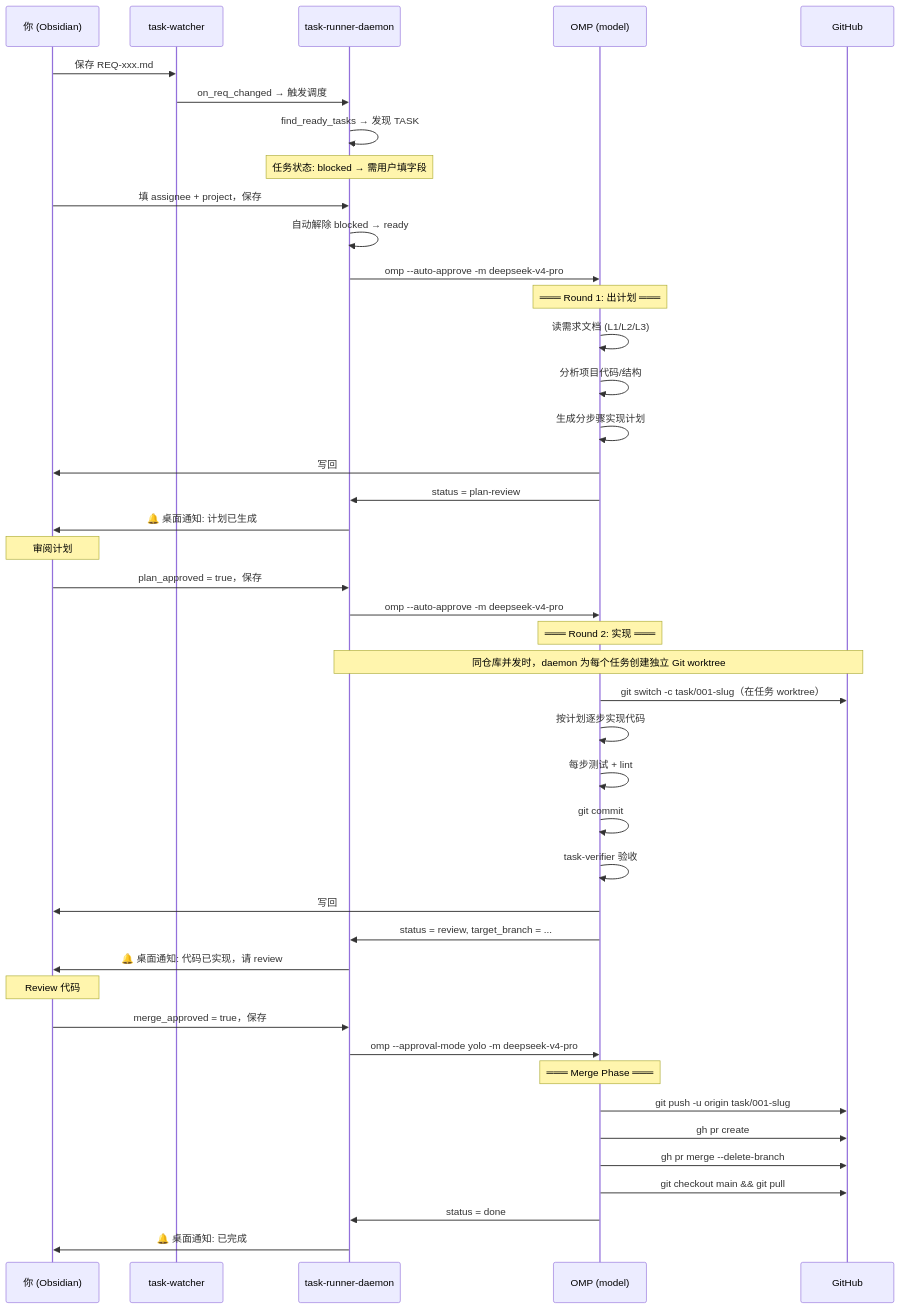
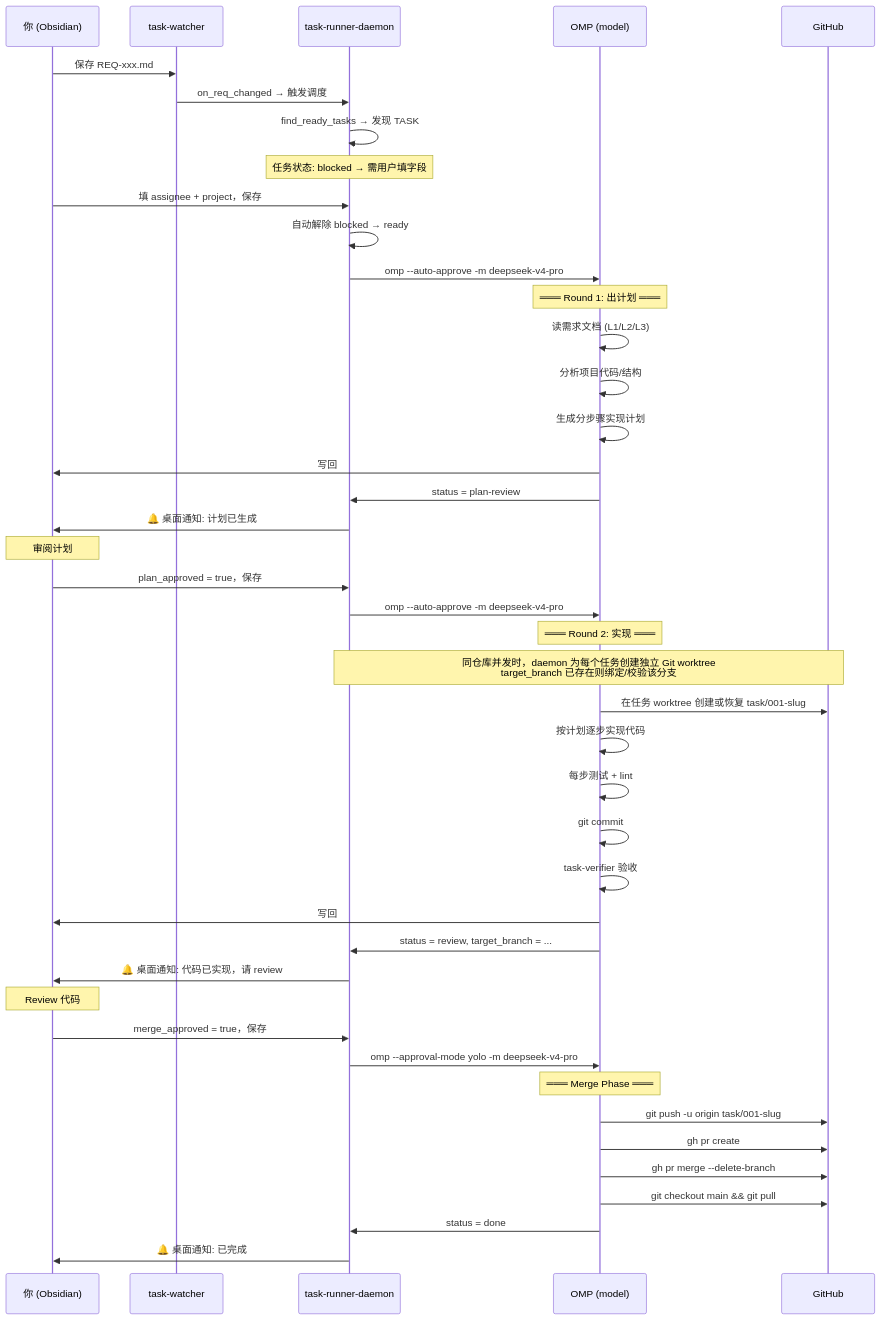
Before and after one commit to ndzuki/obsidian-task-runner: the third of 5 diagrams in docs/workflow.md, drawn with Mermaid. The commit also changed other lines of this file and 9 other files, not shown here.

````diff
--- a/docs/workflow.md
+++ b/docs/workflow.md
@@ -70,58 +70,58 @@
 ```mermaid
 sequenceDiagram
     participant User as 你 (Obsidian)
     participant Watch as task-watcher
     participant Daemon as task-runner-daemon
     participant Agent as OMP (model)
     participant Git as GitHub
 
     User->>Watch: 保存 REQ-xxx.md
     Watch->>Daemon: on_req_changed → 触发调度
     Daemon->>Daemon: find_ready_tasks → 发现 TASK
     Note over Daemon: 任务状态: blocked → 需用户填字段
 
     User->>Daemon: 填 assignee + project，保存
     Daemon->>Daemon: 自动解除 blocked → ready
 
     Daemon->>Agent: omp --auto-approve -m deepseek-v4-pro
 
     Note over Agent: ═══ Round 1: 出计划 ═══
 
     Agent->>Agent: 读需求文档 (L1/L2/L3)
     Agent->>Agent: 分析项目代码/结构
     Agent->>Agent: 生成分步骤实现计划
     Agent->>User: 写回 ## 实现计划 section
     Agent->>Daemon: status = plan-review
     Daemon->>User: 🔔 桌面通知: 计划已生成
 
     Note over User: 审阅计划
     User->>Daemon: plan_approved = true，保存
 
     Daemon->>Agent: omp --auto-approve -m deepseek-v4-pro
 
     Note over Agent: ═══ Round 2: 实现 ═══
-    Note over Daemon,Git: 同仓库并发时，daemon 为每个任务创建独立 Git worktree
+    Note over Daemon,Git: 同仓库并发时，daemon 为每个任务创建独立 Git worktree<br/>target_branch 已存在则绑定/校验该分支
 
-    Agent->>Git: git switch -c task/001-slug（在任务 worktree）
+    Agent->>Git: 在任务 worktree 创建或恢复 task/001-slug
     Agent->>Agent: 按计划逐步实现代码
     Agent->>Agent: 每步测试 + lint
     Agent->>Agent: git commit
     Agent->>Agent: task-verifier 验收
     Agent->>User: 写回 ## 实现记录 + ## 验收记录
     Agent->>Daemon: status = review, target_branch = ...
     Daemon->>User: 🔔 桌面通知: 代码已实现，请 review
 
     Note over User: Review 代码
     User->>Daemon: merge_approved = true，保存
 
     Daemon->>Agent: omp --approval-mode yolo -m deepseek-v4-pro
 
     Note over Agent: ═══ Merge Phase ═══
 
     Agent->>Git: git push -u origin task/001-slug
     Agent->>Git: gh pr create
     Agent->>Git: gh pr merge --delete-branch
     Agent->>Git: git checkout main && git pull
     Agent->>Daemon: status = done
     Daemon->>User: 🔔 桌面通知: 已完成
 ```
````
